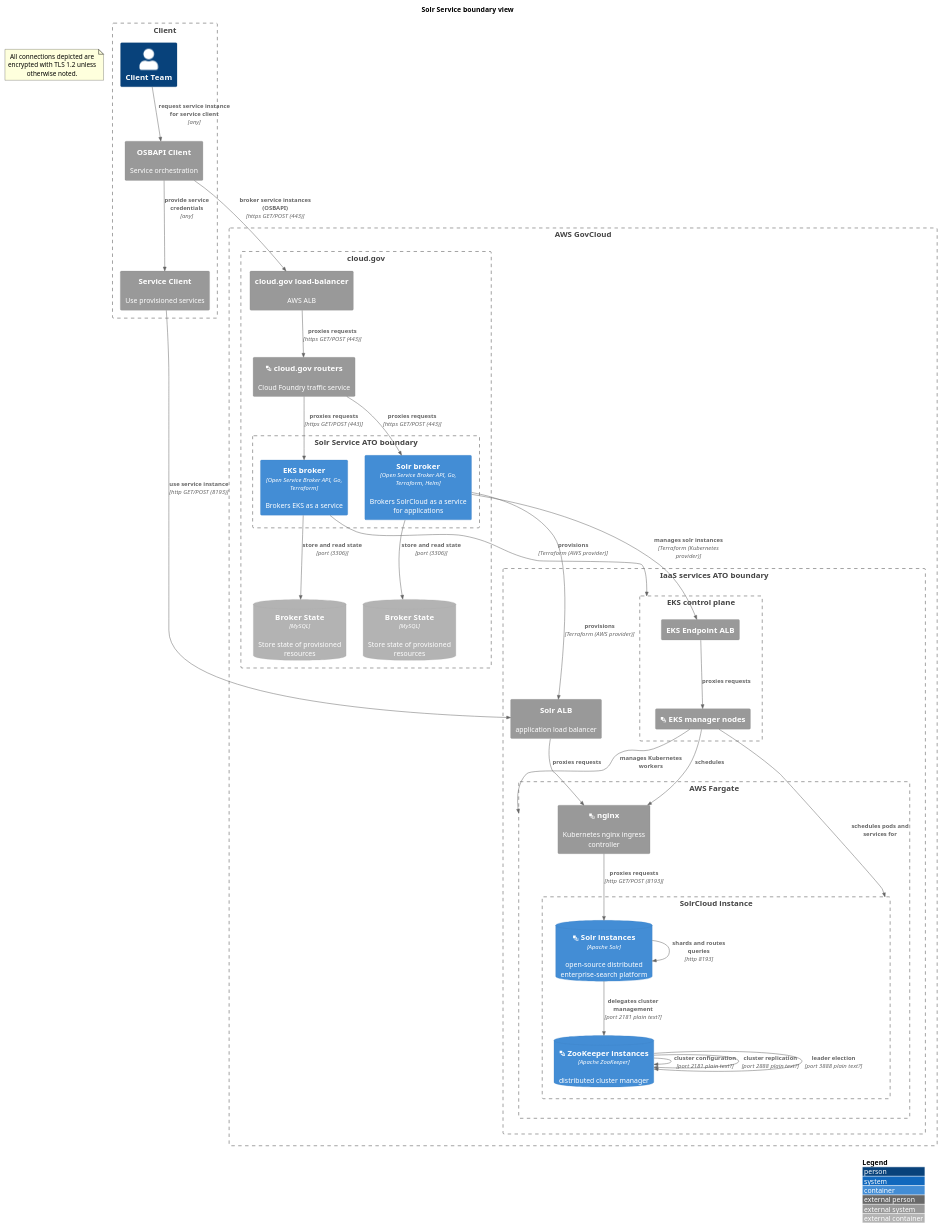
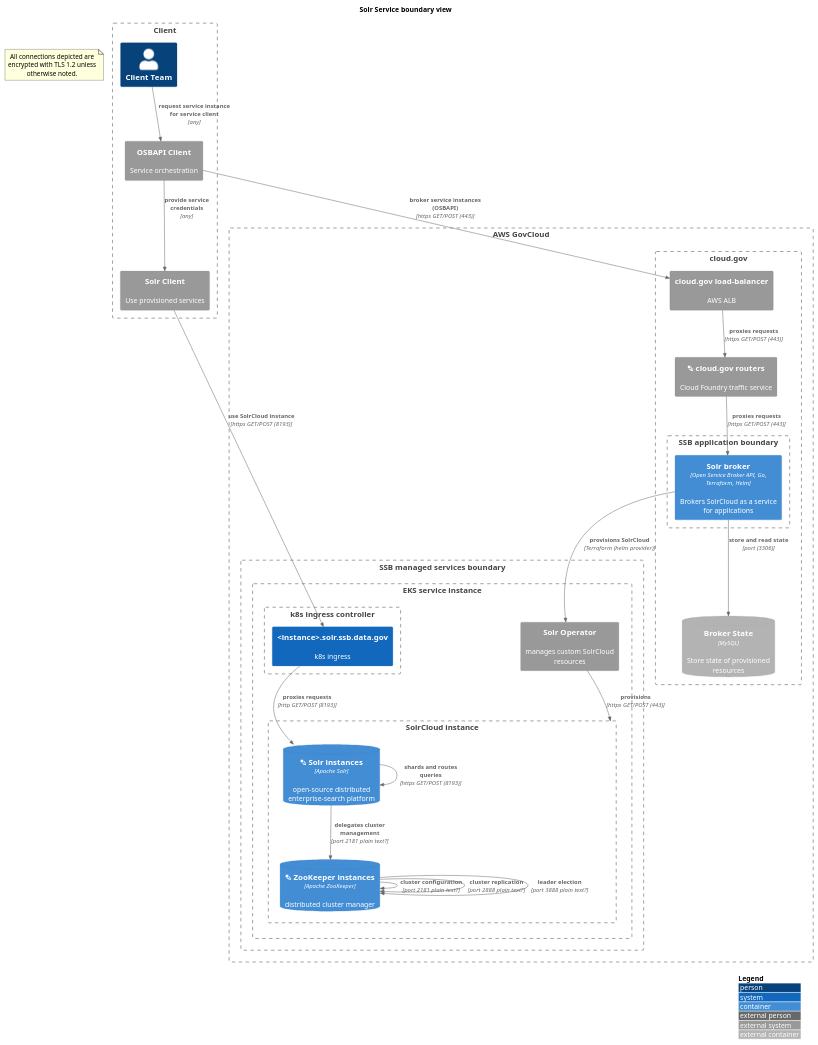
One commit to GSA/datagov-compliance changed the third of 3 diagrams in solr-service-scratchpad.md. Above: the diagram before and after it, drawn with PlantUML. The commit also changed other lines of this file, not shown here.

Commit message:
Strip Solr service down to the k8s level of abstraction
Showing the operator deployment as part of the EKS service simplifies a LOT

````diff
--- a/solr-service-scratchpad.md
+++ b/solr-service-scratchpad.md
@@ -84,66 +83,55 @@
 ```plantuml
 @startuml
 !include https://raw.githubusercontent.com/plantuml-stdlib/C4-PlantUML/master/C4_Container.puml
 ' uncomment the following line and comment the first to use locally
 ' !include C4_Container.puml
 LAYOUT_WITH_LEGEND()
 title Solr Service boundary view
 Boundary(client, "Client") {
   Person(client_team, "Client Team")
   System_Ext(osbapi_client, "OSBAPI Client", "Service orchestration")
-  System_Ext(service_client, "Service Client", "Use provisioned services")
-  Rel(osbapi_client, service_client, "provide service credentials", "any")
+  System_Ext(solr_client, "Solr Client", "Use provisioned services")
+  Rel(osbapi_client, solr_client, "provide service credentials", "any")
   Rel(client_team, osbapi_client, "request service instance for service client", "any")
 }
 note as EncryptionNote
-All connections depicted are encrypted with TLS 1.2 unless otherwise noted.
+  All connections depicted are encrypted with TLS 1.2 unless otherwise noted.
 end note
+
 Boundary(aws, "AWS GovCloud") {
-    Boundary(iaas, "IaaS services ATO boundary") {
-    System_Ext(aws_solr_alb, "Solr ALB", "application load balancer")
-        Boundary(aws_eks, "EKS control plane") {
-	    System_Ext(aws_eks_alb, "EKS Endpoint ALB")
-            System_Ext(aws_eks_managers, "<&layers> EKS manager nodes")
+    Boundary(iaas, "SSB managed services boundary") {
+      Boundary(eks, "EKS service instance") {
+        System_Ext(solr_operator, "Solr Operator", "manages custom SolrCloud resources")
+        Boundary(k8s_ingress, "k8s ingress controller") {    
+          System(solr_ingress, "<instance>.solr.ssb.data.gov", "k8s ingress")
         }
-        Boundary(aws_fargate, "AWS Fargate") {
-	  System_Ext(sys_solr_nginx_ingress, "<&layers> nginx", "Kubernetes nginx ingress controller")
-	  Boundary(b_solrcloud, "SolrCloud instance") {
-	    ContainerDb(solr_instances, "<&layers> Solr instances", "Apache Solr", "open-source distributed enterprise-search platform")
-	    ContainerDb(zookeeper_instances, "<&layers> ZooKeeper instances", "Apache ZooKeeper", "distributed cluster manager")
-	  }
+        Boundary(b_solrcloud, "SolrCloud instance") {
+          ContainerDb(solr_instances, "<&layers> Solr instances", "Apache Solr", "open-source distributed enterprise-search platform")
+          ContainerDb(zookeeper_instances, "<&layers> ZooKeeper instances", "Apache ZooKeeper", "distributed cluster manager")
         }
+      }
     }
     Boundary(cloudgov, "cloud.gov") {
         System_Ext(aws_cg_alb, "cloud.gov load-balancer", "AWS ALB")
         System_Ext(cloudgov_router, "<&layers> cloud.gov routers", "Cloud Foundry traffic service")
-	Boundary(atob, "Solr Service ATO boundary") {
-	  Container(eks_app, "EKS broker", "Open Service Broker API, Go, Terraform", "Brokers EKS as a service")
+	Boundary(atob, "SSB application boundary") {
 	  Container(solr_app, "Solr broker", "Open Service Broker API, Go, Terraform, Helm", "Brokers SolrCloud as a service for applications")
         }
 	ContainerDb_Ext(solr_app_db, "Broker State", "MySQL", "Store state of provisioned resources")
-	ContainerDb_Ext(eks_app_db, "Broker State", "MySQL", "Store state of provisioned resources")
     }
 }
-Rel(eks_app, aws_eks, "provisions", "Terraform (AWS provider)")
-Rel(solr_app, aws_eks_alb, "manages solr instances", "Terraform (Kubernetes provider)")
 Rel(osbapi_client, aws_cg_alb, "broker service instances (OSBAPI)", "https GET/POST (443)")
 Rel(aws_cg_alb, cloudgov_router, "proxies requests", "https GET/POST (443)")
-Rel(cloudgov_router, eks_app, "proxies requests", "https GET/POST (443)")
 Rel(cloudgov_router, solr_app, "proxies requests", "https GET/POST (443)")
-Rel(eks_app, eks_app_db, "store and read state", "port (3306)")
 Rel(solr_app, solr_app_db, "store and read state", "port (3306)")
-Rel(service_client, aws_solr_alb, "use service instance", "http GET/POST (8193)")
-Rel(solr_instances, solr_instances, "shards and routes queries", "http 8193")
+Rel(solr_client, solr_ingress, "use SolrCloud instance", "https GET/POST (8193)")
+Rel(solr_instances, solr_instances, "shards and routes queries", "https GET/POST (8193)")
 Rel(solr_instances, zookeeper_instances, "delegates cluster management", "port 2181 plain text?")
 Rel(zookeeper_instances, zookeeper_instances, "cluster configuration", "port 2181 plain text?")
 Rel(zookeeper_instances, zookeeper_instances, "cluster replication", "port 2888 plain text?")
 Rel(zookeeper_instances, zookeeper_instances, "leader election", "port 3888 plain text?")
-Rel(aws_eks_alb, aws_eks_managers, "proxies requests")
-Rel(aws_eks_managers, aws_fargate, "manages Kubernetes workers")
-Rel(solr_app, aws_solr_alb, "provisions", "Terraform (AWS provider)")
-Rel(aws_eks_managers, b_solrcloud, "schedules pods and services for")
-Rel(aws_eks_managers, sys_solr_nginx_ingress, "schedules")
-Rel(aws_solr_alb, sys_solr_nginx_ingress, "proxies requests")
-Rel(sys_solr_nginx_ingress, solr_instances, "proxies requests", "http GET/POST (8193)")
+Rel(solr_app, solr_operator, "provisions SolrCloud", "Terraform (helm provider)")
+Rel(solr_operator, b_solrcloud, "provisions", "https GET/POST (443)")
+Rel(solr_ingress, solr_instances, "proxies requests", "http GET/POST (8193)")
 @enduml
 ```
````
